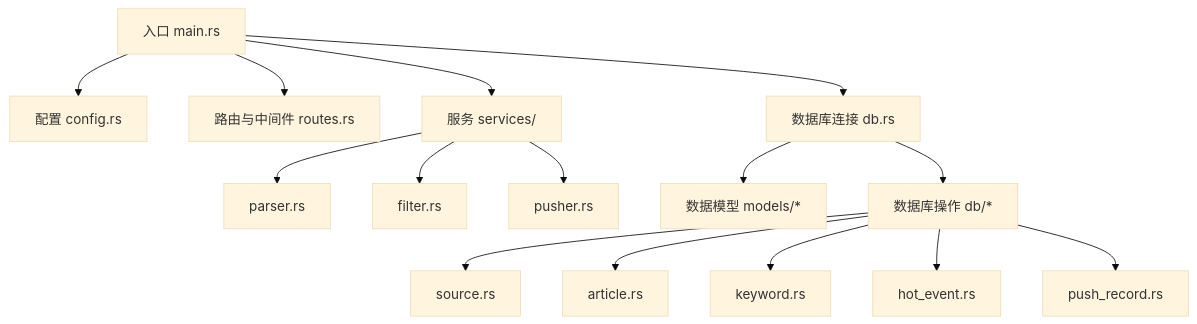
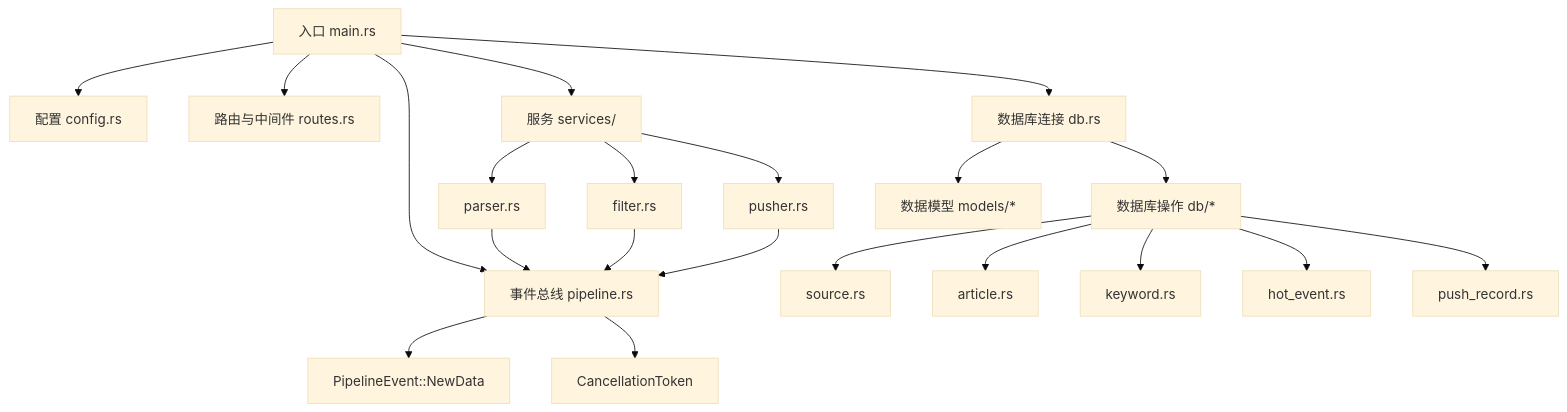
One commit to leimu-hue/AI-Trend-Tool changed the first of 8 diagrams in .qoder/repowiki/zh/content/项目概述.md. Above: the diagram before and after it, drawn with Mermaid (base theme). The commit also changed other lines of this file and 74 other files, not shown here.

````diff
--- a/.qoder/repowiki/zh/content/项目概述.md
+++ b/.qoder/repowiki/zh/content/项目概述.md
@@ -55,17 +65,23 @@
 ```mermaid
 graph TB
 A["入口 main.rs"] --> B["配置 config.rs"]
 A --> C["路由与中间件 routes.rs"]
+A --> P["事件总线 pipeline.rs"]
 A --> D["服务 services/"]
 D --> D1["parser.rs"]
 D --> D2["filter.rs"]
 D --> D3["pusher.rs"]
+P --> P1["PipelineEvent::NewData"]
+P --> P2["CancellationToken"]
+D1 --> P
+D2 --> P
+D3 --> P
 A --> E["数据库连接 db.rs"]
 E --> F["数据模型 models/*"]
 E --> G["数据库操作 db/*"]
 G --> G1["source.rs"]
 G --> G2["article.rs"]
 G --> G3["keyword.rs"]
 G --> G4["hot_event.rs"]
 G --> G5["push_record.rs"]
 ```
````
